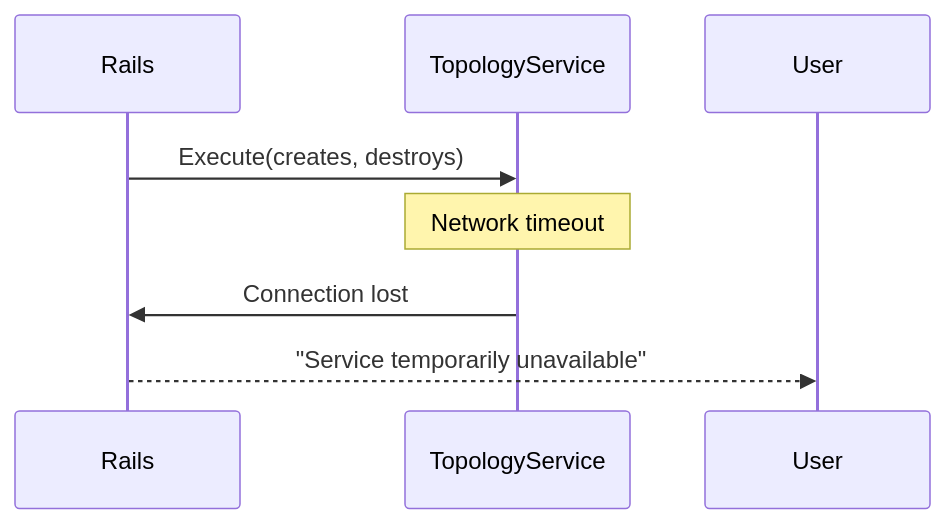
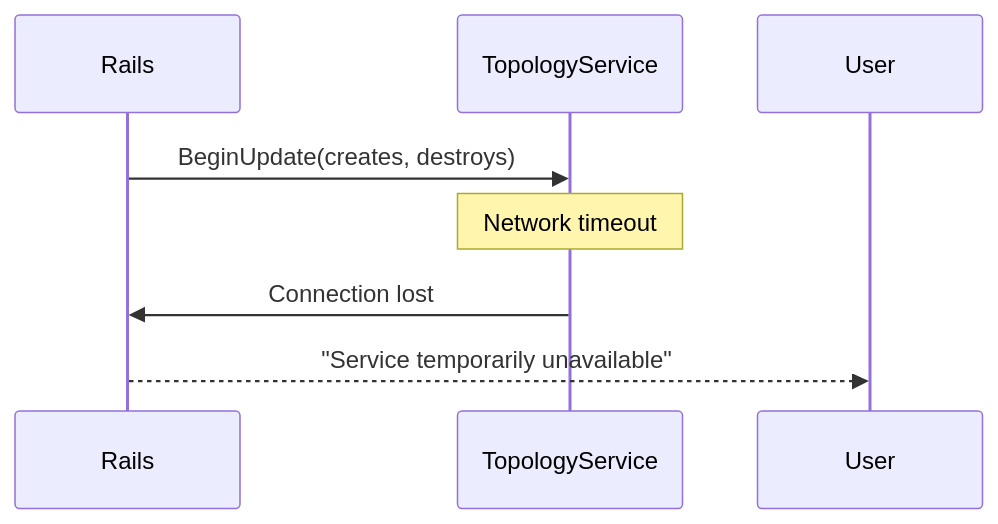
One commit to zalyoung/gitlab-handbook changed the fifth of 10 diagrams in content/handbook/engineering/architecture/design-documents/cells/topology_service_transactional_behavior.md. Above: the diagram before and after it, drawn with Mermaid. The commit also changed other lines of this file, not shown here.

First line of the commit message:
Use (Begin|Commit|Rollback)Update

````diff
--- a/content/handbook/engineering/architecture/design-documents/cells/topology_service_transactional_behavior.md
+++ b/content/handbook/engineering/architecture/design-documents/cells/topology_service_transactional_behavior.md
@@ -829,10 +829,10 @@
 ```mermaid
 sequenceDiagram
     participant Rails
     participant TopologyService
     
-    Rails->>TopologyService: Execute(creates, destroys)
+    Rails->>TopologyService: BeginUpdate(creates, destroys)
     Note over TopologyService: Network timeout
     TopologyService->>Rails: Connection lost
     Rails-->>User: "Service temporarily unavailable"
 ```
````
